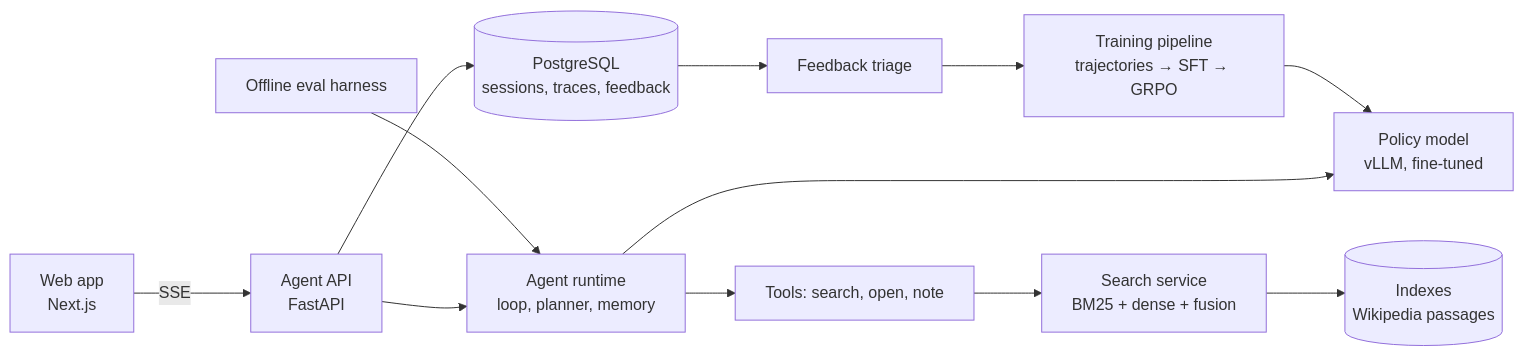
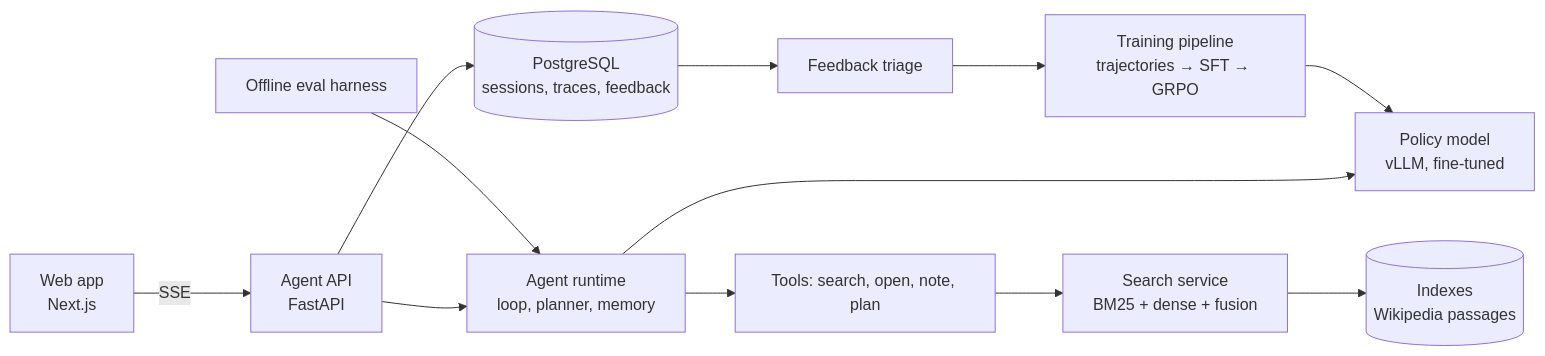
One commit to PhamHongPhuc2712/search-agent-rl changed the diagram in PROJECT_PLAN.md. Above: the diagram before and after it, drawn with Mermaid. The commit also changed other lines of this file, not shown here.

First line of the commit message:
docs: revise project plan

````diff
--- a/PROJECT_PLAN.md
+++ b/PROJECT_PLAN.md
@@ -39,14 +50,14 @@
 ```mermaid
 flowchart LR
   UI[Web app<br/>Next.js] -->|SSE| API[Agent API<br/>FastAPI]
   API --> RT[Agent runtime<br/>loop, planner, memory]
   RT --> LLM[Policy model<br/>vLLM, fine-tuned]
-  RT --> TOOLS[Tools: search, open, note]
+  RT --> TOOLS[Tools: search, open, note, plan]
   TOOLS --> SS[Search service<br/>BM25 + dense + fusion]
   SS --> IDX[(Indexes<br/>Wikipedia passages)]
   API --> DB[(PostgreSQL<br/>sessions, traces, feedback)]
   DB --> FB[Feedback triage]
   FB --> TRAIN[Training pipeline<br/>trajectories → SFT → GRPO]
   TRAIN --> LLM
   EVAL[Offline eval harness] --> RT
 ```
````
